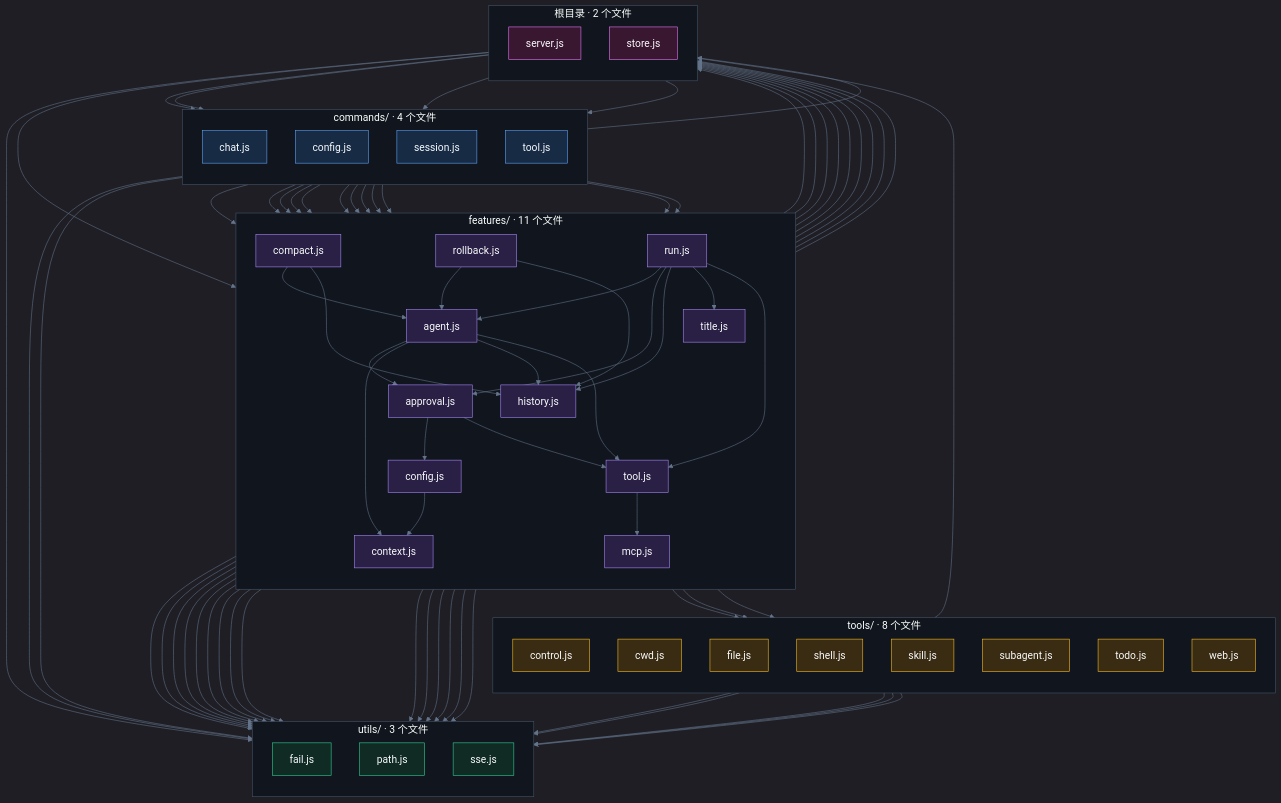
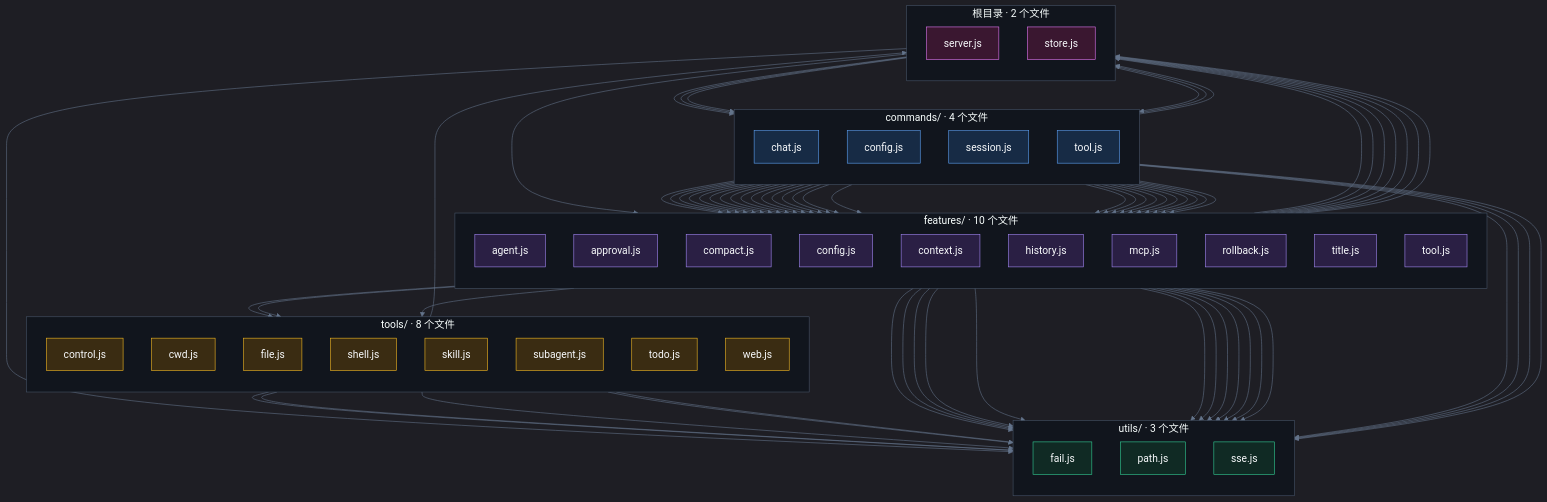
One commit to kernel4632/agent changed the diagram in docs/server-dependencies.mmd. Above: the diagram before and after it, drawn with Mermaid. The commit also changed 8 other files, not shown here.

Commit message:
docs: 更新独立模块后的依赖图和体量图

```diff
--- a/docs/server-dependencies.mmd
+++ b/docs/server-dependencies.mmd
@@ -1,126 +1,120 @@
 %%{init: {'theme':'dark','themeVariables':{'fontFamily':'ui-monospace, monospace','fontSize':'18px','primaryColor':'#18202b','primaryTextColor':'#f8fafc','lineColor':'#64748b','clusterBkg':'#11151d','clusterBorder':'#475569','edgeLabelBackground':'#0d0f16'}}}%%
 flowchart TB
   subgraph commands["commands/ · 4 个文件"]
     direction TB
     commands_chat_js["chat.js"]
     commands_config_js["config.js"]
     commands_session_js["session.js"]
     commands_tool_js["tool.js"]
   end
-  subgraph features["features/ · 11 个文件"]
+  subgraph features["features/ · 10 个文件"]
     direction TB
     features_agent_js["agent.js"]
     features_approval_js["approval.js"]
     features_compact_js["compact.js"]
     features_config_js["config.js"]
     features_context_js["context.js"]
     features_history_js["history.js"]
     features_mcp_js["mcp.js"]
     features_rollback_js["rollback.js"]
-    features_run_js["run.js"]
     features_title_js["title.js"]
     features_tool_js["tool.js"]
   end
   subgraph tools["tools/ · 8 个文件"]
     direction TB
     tools_control_js["control.js"]
     tools_cwd_js["cwd.js"]
     tools_file_js["file.js"]
     tools_shell_js["shell.js"]
     tools_skill_js["skill.js"]
     tools_subagent_js["subagent.js"]
     tools_todo_js["todo.js"]
     tools_web_js["web.js"]
   end
   subgraph utils["utils/ · 3 个文件"]
     direction TB
     utils_fail_js["fail.js"]
     utils_path_js["path.js"]
     utils_sse_js["sse.js"]
   end
   subgraph _root_["根目录 · 2 个文件"]
     direction TB
     server_js["server.js"]
     store_js["store.js"]
   end
   server_js --> commands_chat_js
   server_js --> commands_config_js
   server_js --> commands_session_js
   server_js --> commands_tool_js
   server_js --> features_history_js
   server_js --> utils_sse_js
+  commands_chat_js --> features_agent_js
   commands_chat_js --> features_approval_js
-  commands_chat_js --> features_run_js
+  commands_chat_js --> features_config_js
+  commands_chat_js --> features_context_js
+  commands_chat_js --> features_history_js
+  commands_chat_js --> features_mcp_js
+  commands_chat_js --> features_title_js
+  commands_chat_js --> features_tool_js
+  commands_chat_js --> store_js
+  commands_chat_js --> utils_fail_js
+  commands_chat_js --> utils_sse_js
   commands_config_js --> features_agent_js
+  commands_config_js --> features_approval_js
   commands_config_js --> features_config_js
+  commands_config_js --> features_context_js
+  commands_config_js --> features_history_js
+  commands_config_js --> features_mcp_js
+  commands_config_js --> features_tool_js
   commands_session_js --> features_agent_js
   commands_session_js --> features_approval_js
   commands_session_js --> features_compact_js
+  commands_session_js --> features_config_js
+  commands_session_js --> features_context_js
   commands_session_js --> features_history_js
+  commands_session_js --> features_mcp_js
   commands_session_js --> features_rollback_js
   commands_session_js --> features_title_js
   commands_session_js --> features_tool_js
   commands_session_js --> store_js
   commands_session_js --> utils_fail_js
   commands_session_js --> utils_sse_js
   commands_tool_js --> features_tool_js
-  features_agent_js --> features_approval_js
-  features_agent_js --> features_context_js
-  features_agent_js --> features_history_js
-  features_agent_js --> features_tool_js
   features_agent_js --> store_js
   features_agent_js --> utils_fail_js
-  features_approval_js --> features_config_js
-  features_approval_js --> features_tool_js
   features_approval_js --> store_js
   features_approval_js --> utils_fail_js
   features_approval_js --> utils_sse_js
-  features_compact_js --> features_agent_js
-  features_compact_js --> features_history_js
-  features_compact_js --> store_js
   features_compact_js --> utils_fail_js
-  features_compact_js --> utils_sse_js
-  features_config_js --> features_context_js
   features_config_js --> store_js
   features_config_js --> utils_fail_js
   features_config_js --> utils_path_js
   features_context_js --> store_js
   features_history_js --> store_js
   features_history_js --> utils_fail_js
   features_history_js --> utils_path_js
   features_history_js --> utils_sse_js
   features_mcp_js --> store_js
   features_mcp_js --> utils_sse_js
-  features_rollback_js --> features_agent_js
-  features_rollback_js --> features_history_js
   features_rollback_js --> utils_fail_js
-  features_run_js --> features_agent_js
-  features_run_js --> features_approval_js
-  features_run_js --> features_history_js
-  features_run_js --> features_title_js
-  features_run_js --> features_tool_js
-  features_run_js --> store_js
-  features_run_js --> utils_fail_js
-  features_run_js --> utils_sse_js
-  features_tool_js --> features_mcp_js
   features_tool_js --> store_js
   features_tool_js --> tools_file_js
   features_tool_js --> tools_skill_js
   features_tool_js --> tools_subagent_js
   features_tool_js --> utils_path_js
   tools_cwd_js --> store_js
   tools_file_js --> utils_fail_js
   tools_file_js --> utils_path_js
   tools_skill_js --> utils_fail_js
   tools_skill_js --> utils_path_js
   tools_subagent_js --> utils_sse_js
   classDef dir_commands fill:#172b45,stroke:#60a5fa,color:#f8fafc
   class commands_chat_js,commands_config_js,commands_session_js,commands_tool_js dir_commands
   classDef dir_features fill:#2a1f44,stroke:#a78bfa,color:#f8fafc
-  class features_agent_js,features_approval_js,features_compact_js,features_config_js,features_context_js,features_history_js,features_mcp_js,features_rollback_js,features_run_js,features_title_js,features_tool_js dir_features
+  class features_agent_js,features_approval_js,features_compact_js,features_config_js,features_context_js,features_history_js,features_mcp_js,features_rollback_js,features_title_js,features_tool_js dir_features
   classDef dir_tools fill:#3a2c12,stroke:#fbbf24,color:#f8fafc
   class tools_control_js,tools_cwd_js,tools_file_js,tools_shell_js,tools_skill_js,tools_subagent_js,tools_todo_js,tools_web_js dir_tools
   classDef dir_utils fill:#102a24,stroke:#34d399,color:#f8fafc
   class utils_fail_js,utils_path_js,utils_sse_js dir_utils
   classDef dir__root_ fill:#3a1730,stroke:#e879f9,color:#f8fafc
   class server_js,store_js dir__root_
```
